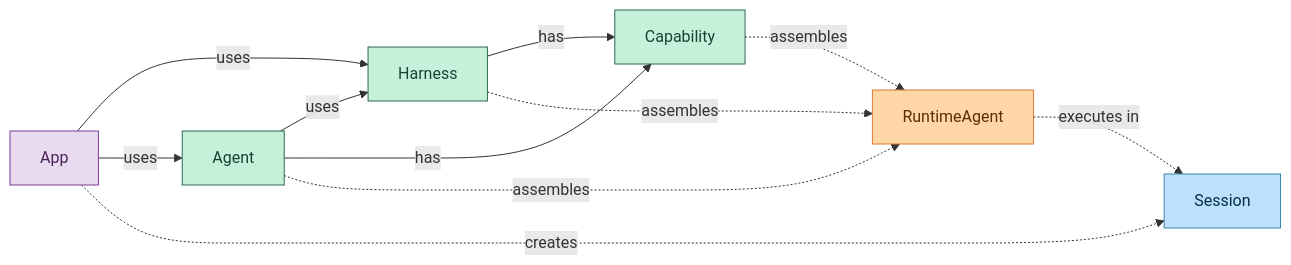
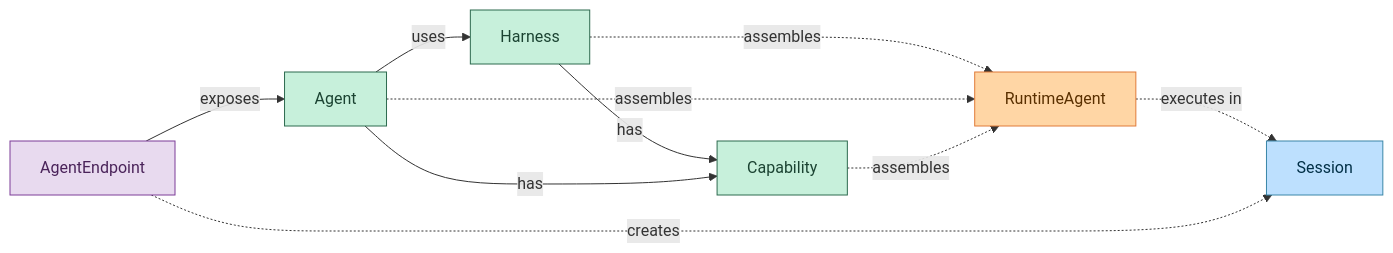
The first of 3 diagrams in knowledge/foundations/concepts.md (everruns/everruns), drawn with Mermaid before and after one commit. The commit also changed other lines of this file and 9 other files, not shown here.

````diff
--- a/knowledge/foundations/concepts.md
+++ b/knowledge/foundations/concepts.md
@@ -17,26 +17,25 @@
 ```mermaid
 graph LR
     Agent -->|uses| Harness
     Harness -->|has| Capability
     Agent -->|has| Capability
 
     Harness -.->|assembles| RuntimeAgent
     Agent -.->|assembles| RuntimeAgent
     Capability -.->|assembles| RuntimeAgent
 
     RuntimeAgent -.->|executes in| Session
 
-    App -->|uses| Harness
-    App -->|uses| Agent
-    App -.->|creates| Session
+    AgentEndpoint -->|exposes| Agent
+    AgentEndpoint -.->|creates| Session
 
     classDef config fill:#c7f0db,stroke:#2d6a4f,color:#1b4332
     classDef assembly fill:#ffd6a5,stroke:#e07b39,color:#5a3000
     classDef runtime fill:#bde0fe,stroke:#3a86a8,color:#023047
     classDef deploy fill:#e8daef,stroke:#7d3c98,color:#4a235a
 
     class Harness,Agent,Capability config
     class RuntimeAgent assembly
     class Session runtime
-    class App deploy
+    class AgentEndpoint deploy
 ```
````
